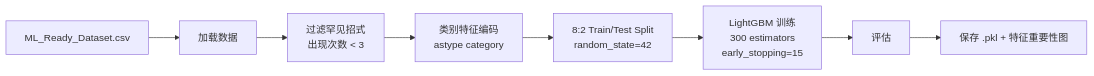
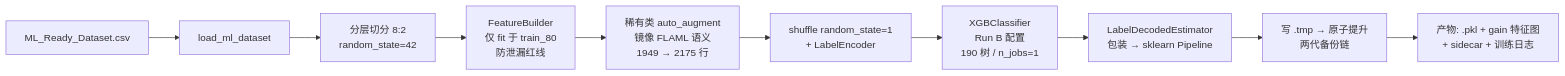
The diagram in obsidian/AI_Model/Training_Process.md (DeltMchey/Fatalis_Prediction), drawn with Mermaid before and after one commit. The commit also changed other lines of this file and 5 other files, not shown here.

````diff
--- a/obsidian/AI_Model/Training_Process.md
+++ b/obsidian/AI_Model/Training_Process.md
@@ -20,10 +21,12 @@
 ```mermaid
 graph LR
-    A[ML_Ready_Dataset.csv] --> B[加载数据]
-    B --> C[过滤罕见招式<br/>出现次数 < 3]
-    C --> D[类别特征编码<br/>astype category]
-    D --> E[8:2 Train/Test Split<br/>random_state=42]
-    E --> F[LightGBM 训练<br/>300 estimators<br/>early_stopping=15]
-    F --> G[评估]
-    G --> H[保存 .pkl + 特征重要性图]
+    A[ML_Ready_Dataset.csv] --> B[load_ml_dataset]
+    B --> C[分层切分 8:2<br/>random_state=42]
+    C --> D[FeatureBuilder<br/>仅 fit 于 train_80<br/>防泄漏红线]
+    D --> E[稀有类 auto_augment<br/>镜像 FLAML 语义<br/>1949 → 2175 行]
+    E --> F[shuffle random_state=1<br/>+ LabelEncoder]
+    F --> G[XGBClassifier<br/>Run B 配置<br/>190 树 / n_jobs=1]
+    G --> H[LabelDecodedEstimator<br/>包装 → sklearn Pipeline]
+    H --> I[写 .tmp → 原子提升<br/>两代备份链]
+    I --> J[产物: .pkl + gain 特征图<br/>+ sidecar + 训练日志]
 ```
````
